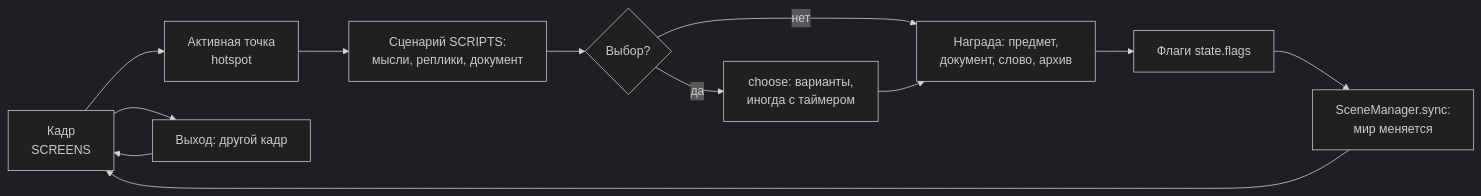
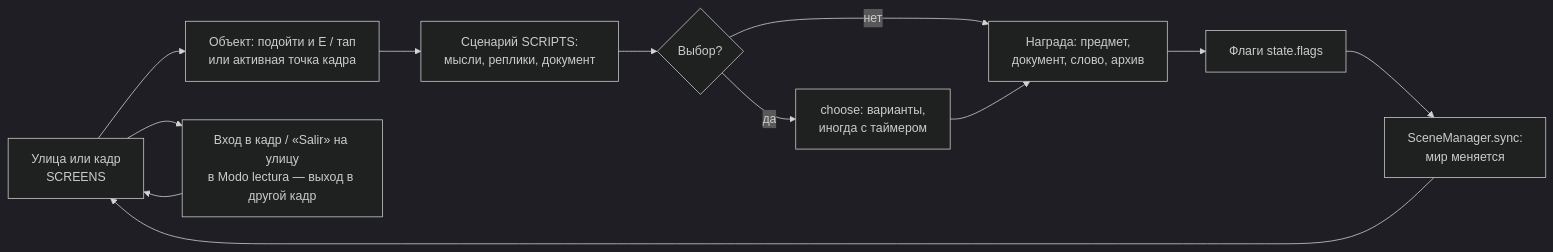
One commit to anrayt/el-sueno-game changed the first of 3 diagrams in docs/GAME_DESIGN.md. Above: the diagram before and after it, drawn with Mermaid (dark theme). The commit also changed other lines of this file and 42 other files, not shown here.

First line of the commit message:
Гибрид: ходьба на улицах, кадры в интерьерах, Modo lectura

````diff
--- a/docs/GAME_DESIGN.md
+++ b/docs/GAME_DESIGN.md
@@ -20,14 +22,14 @@
 ```mermaid
 flowchart LR
-    A[Кадр<br/>SCREENS] --> B[Активная точка<br/>hotspot]
+    A[Улица или кадр<br/>SCREENS] --> B[Объект: подойти и E / тап<br/>или активная точка кадра]
     B --> C[Сценарий SCRIPTS:<br/>мысли, реплики, документ]
     C --> D{Выбор?}
     D -- да --> E[choose: варианты,<br/>иногда с таймером]
     D -- нет --> F[Награда: предмет,<br/>документ, слово, архив]
     E --> F
     F --> G[Флаги state.flags]
     G --> H[SceneManager.sync:<br/>мир меняется]
     H --> A
-    A --> I[Выход: другой кадр]
+    A --> I[Вход в кадр / «Salir» на улицу<br/>в Modo lectura — выход в другой кадр]
     I --> A
 ```
````
